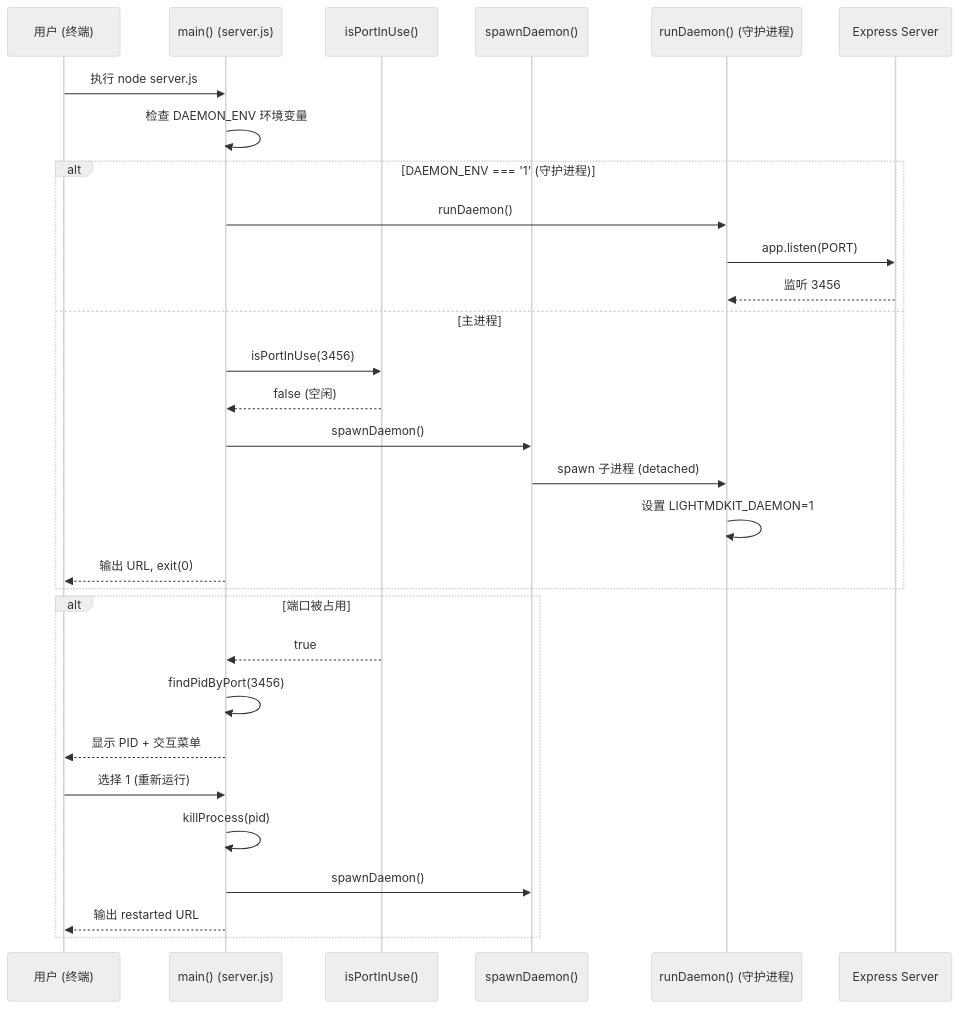
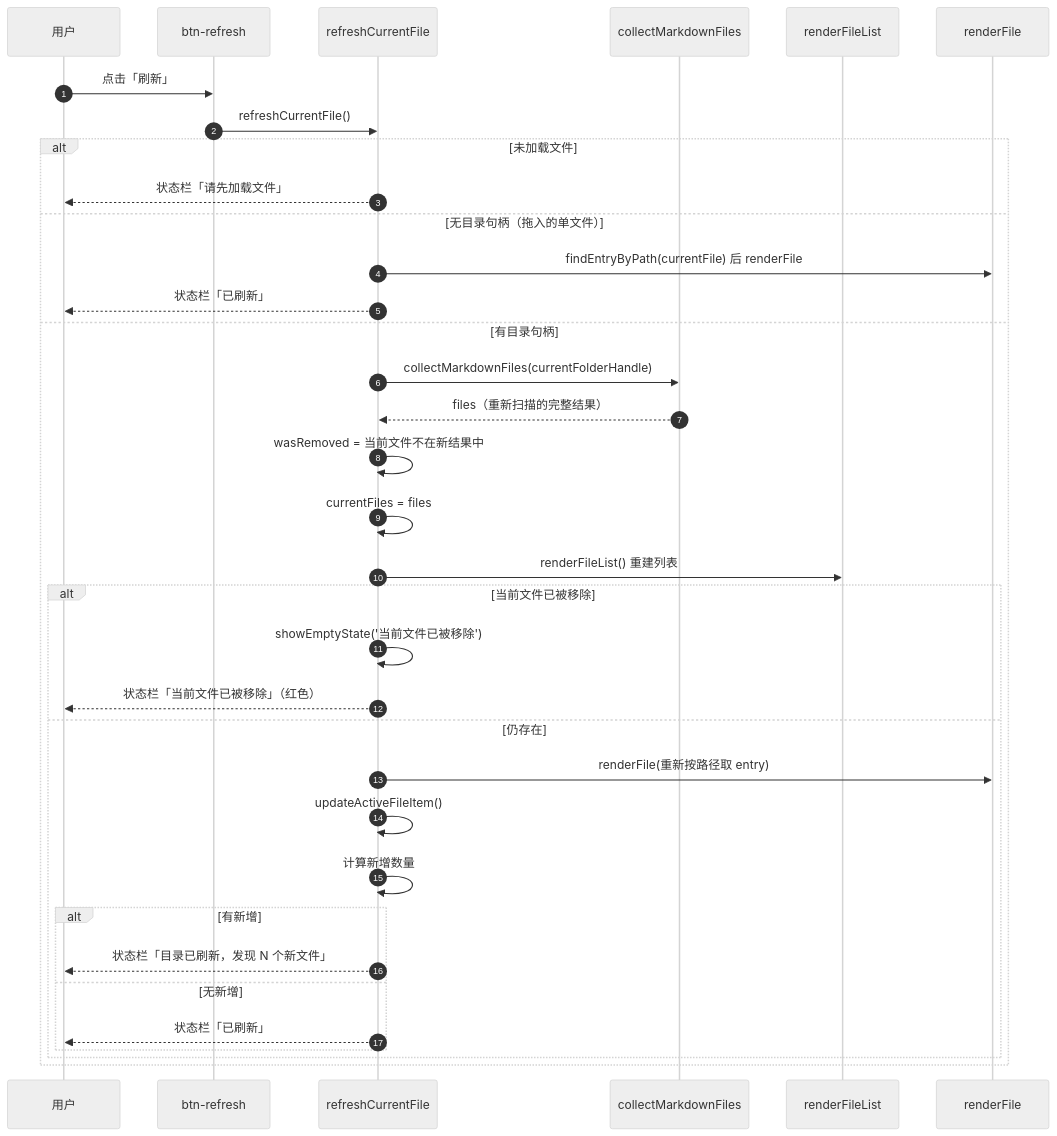
Diagram 14 of 19 in doc/kb/业务知识库/业务流程详解.md (Leo-H-W/LightMDKit), drawn with Mermaid (neutral theme) before and after one commit. The commit also changed other lines of this file and 13 other files, not shown here.

````diff
--- a/doc/kb/业务知识库/业务流程详解.md
+++ b/doc/kb/业务知识库/业务流程详解.md
@@ -634,34 +1938,38 @@
 ```mermaid
 sequenceDiagram
-    participant User as 用户 (终端)
-    participant Main as main() (server.js)
-    participant Port as isPortInUse()
-    participant Spawn as spawnDaemon()
-    participant Daemon as runDaemon() (守护进程)
-    participant Express as Express Server
+    autonumber
+    participant U as 用户
+    participant BR as btn-refresh
+    participant RC as refreshCurrentFile
+    participant CM as collectMarkdownFiles
+    participant RL as renderFileList
+    participant RF as renderFile
 
-    User->>Main: 执行 node server.js
-    Main->>Main: 检查 DAEMON_ENV 环境变量
-    alt DAEMON_ENV === '1' (守护进程)
-        Main->>Daemon: runDaemon()
-        Daemon->>Express: app.listen(PORT)
-        Express-->>Daemon: 监听 3456
-    else 主进程
-        Main->>Port: isPortInUse(3456)
-        Port-->>Main: false (空闲)
-        Main->>Spawn: spawnDaemon()
-        Spawn->>Daemon: spawn 子进程 (detached)
-        Daemon->>Daemon: 设置 LIGHTMDKIT_DAEMON=1
-        Main-->>User: 输出 URL, exit(0)
-    end
-
-    alt 端口被占用
-        Port-->>Main: true
-        Main->>Main: findPidByPort(3456)
-        Main-->>User: 显示 PID + 交互菜单
-        User->>Main: 选择 1 (重新运行)
-        Main->>Main: killProcess(pid)
-        Main->>Spawn: spawnDaemon()
-        Main-->>User: 输出 restarted URL
+    U->>BR: 点击「刷新」
+    BR->>RC: refreshCurrentFile()
+    alt 未加载文件
+        RC-->>U: 状态栏「请先加载文件」
+    else 无目录句柄（拖入的单文件）
+        RC->>RF: findEntryByPath(currentFile) 后 renderFile
+        RC-->>U: 状态栏「已刷新」
+    else 有目录句柄
+        RC->>CM: collectMarkdownFiles(currentFolderHandle)
+        CM-->>RC: files（重新扫描的完整结果）
+        RC->>RC: wasRemoved = 当前文件不在新结果中
+        RC->>RC: currentFiles = files
+        RC->>RL: renderFileList() 重建列表
+        alt 当前文件已被移除
+            RC->>RC: showEmptyState('当前文件已被移除')
+            RC-->>U: 状态栏「当前文件已被移除」（红色）
+        else 仍存在
+            RC->>RF: renderFile(重新按路径取 entry)
+            RC->>RC: updateActiveFileItem()
+            RC->>RC: 计算新增数量
+            alt 有新增
+                RC-->>U: 状态栏「目录已刷新，发现 N 个新文件」
+            else 无新增
+                RC-->>U: 状态栏「已刷新」
+            end
+        end
     end
 ```
````
